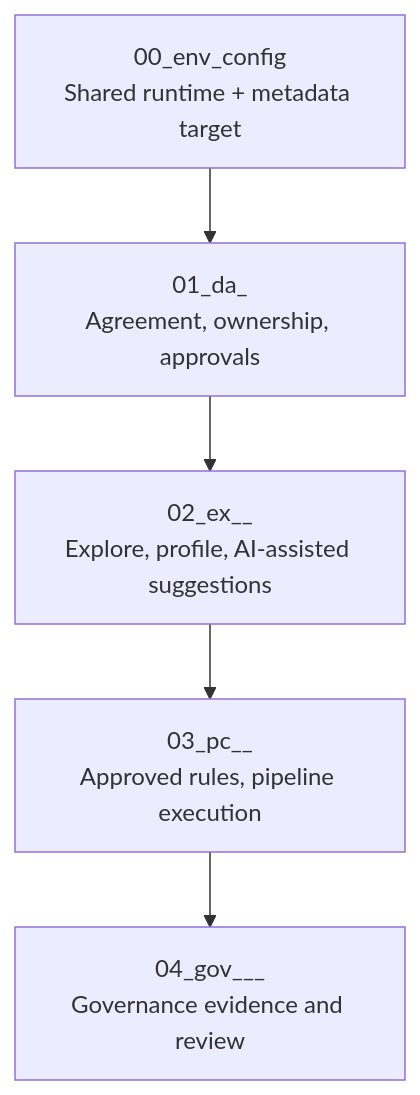
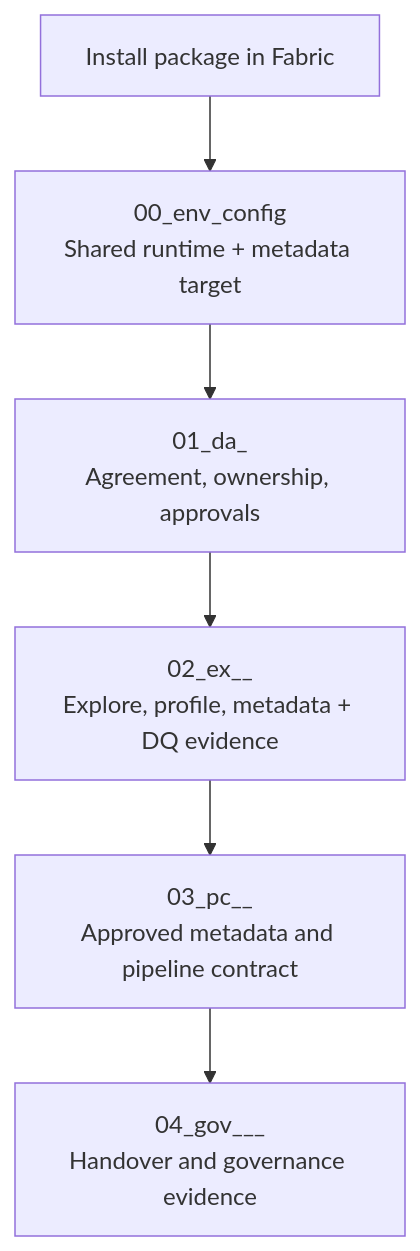
One commit to Voycepeh/FabricOps-Starter-Kit changed the diagram in docs/quick-start.md. Above: the diagram before and after it, drawn with Mermaid. The commit also changed other lines of this file and 1 other file, not shown here.

````diff
--- a/docs/quick-start.md
+++ b/docs/quick-start.md
@@ -32,8 +13,9 @@
 ```mermaid
 flowchart TD
-    A[00_env_config\nShared runtime + metadata target] -->
-    B[01_da_<agreement>\nAgreement, ownership, approvals]
-    B --> C[02_ex_<agreement>_<topic>\nExplore, profile, AI-assisted suggestions]
-    C --> D[03_pc_<agreement>_<pipeline>\nApproved rules, pipeline execution]
-    D --> E[04_gov_<agreement>_<dataset>_<table>\nGovernance evidence and review]
+    A[Install package in Fabric] -->
+    B[00_env_config\nShared runtime + metadata target]
+    B --> C[01_da_<agreement>\nAgreement, ownership, approvals]
+    C --> D[02_ex_<agreement>_<topic>\nExplore, profile, metadata + DQ evidence]
+    D --> E[03_pc_<agreement>_<pipeline>\nApproved metadata and pipeline contract]
+    E --> F[04_gov_<agreement>_<dataset>_<table>\nHandover and governance evidence]
 ```
````
